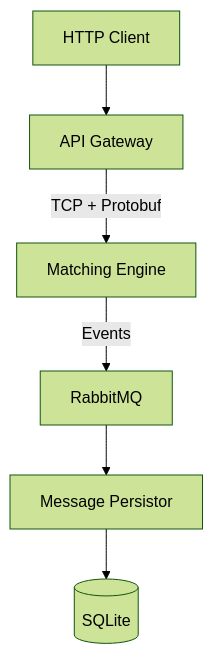
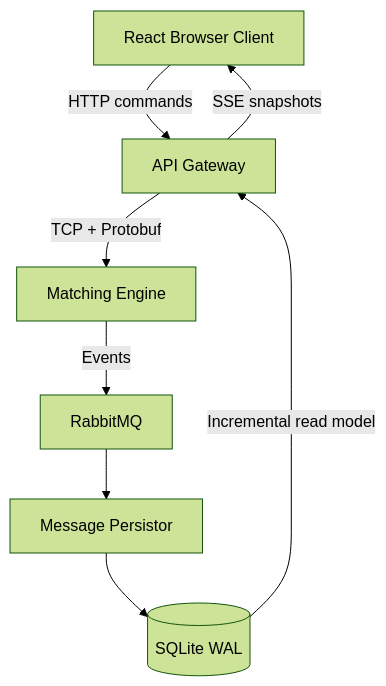
One commit to hanar3/trading-sim changed the first of 3 diagrams in README.md. Above: the diagram before and after it, drawn with Mermaid (forest theme). The commit also changed other lines of this file and 62 other files, not shown here.

````diff
--- a/README.md
+++ b/README.md
@@ -11,8 +31,10 @@
 ```mermaid
 flowchart TD
-    A[HTTP Client] --> B[API Gateway]
+    A[React Browser Client] -->|HTTP commands| B[API Gateway]
     B -->|TCP + Protobuf| C[Matching Engine]
     C -->|Events| D[RabbitMQ]
     D --> E[Message Persistor]
-    E --> F[(SQLite)]
+    E --> F[(SQLite WAL)]
+    F -->|Incremental read model| B
+    B -->|SSE snapshots| A
 ```
````
